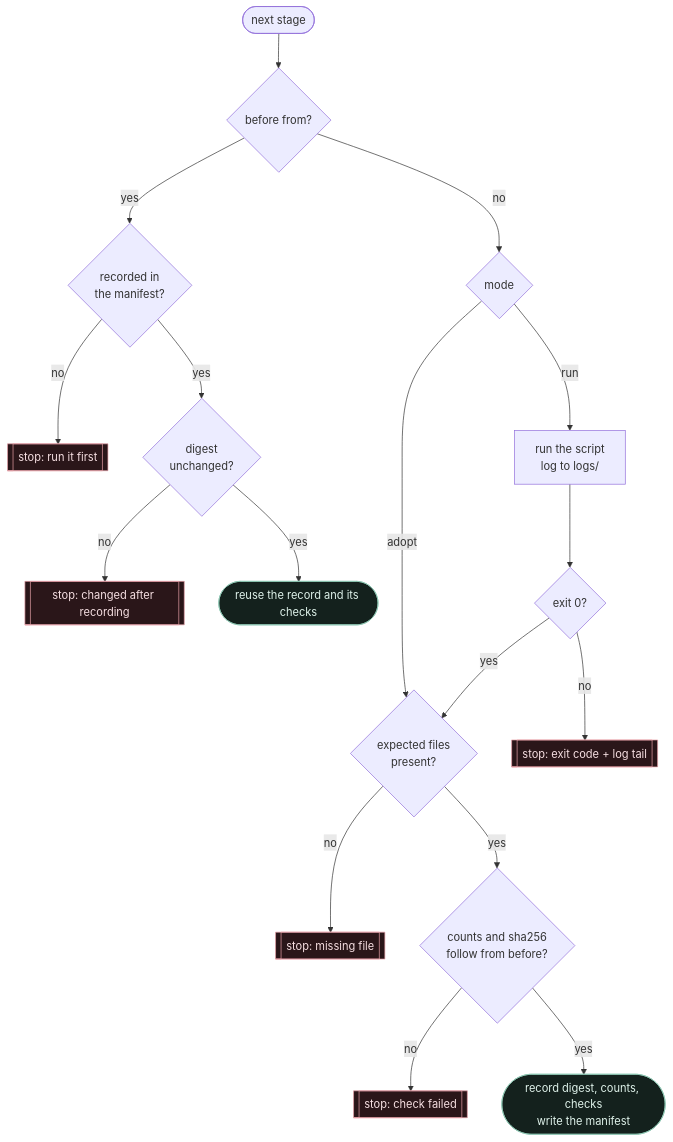
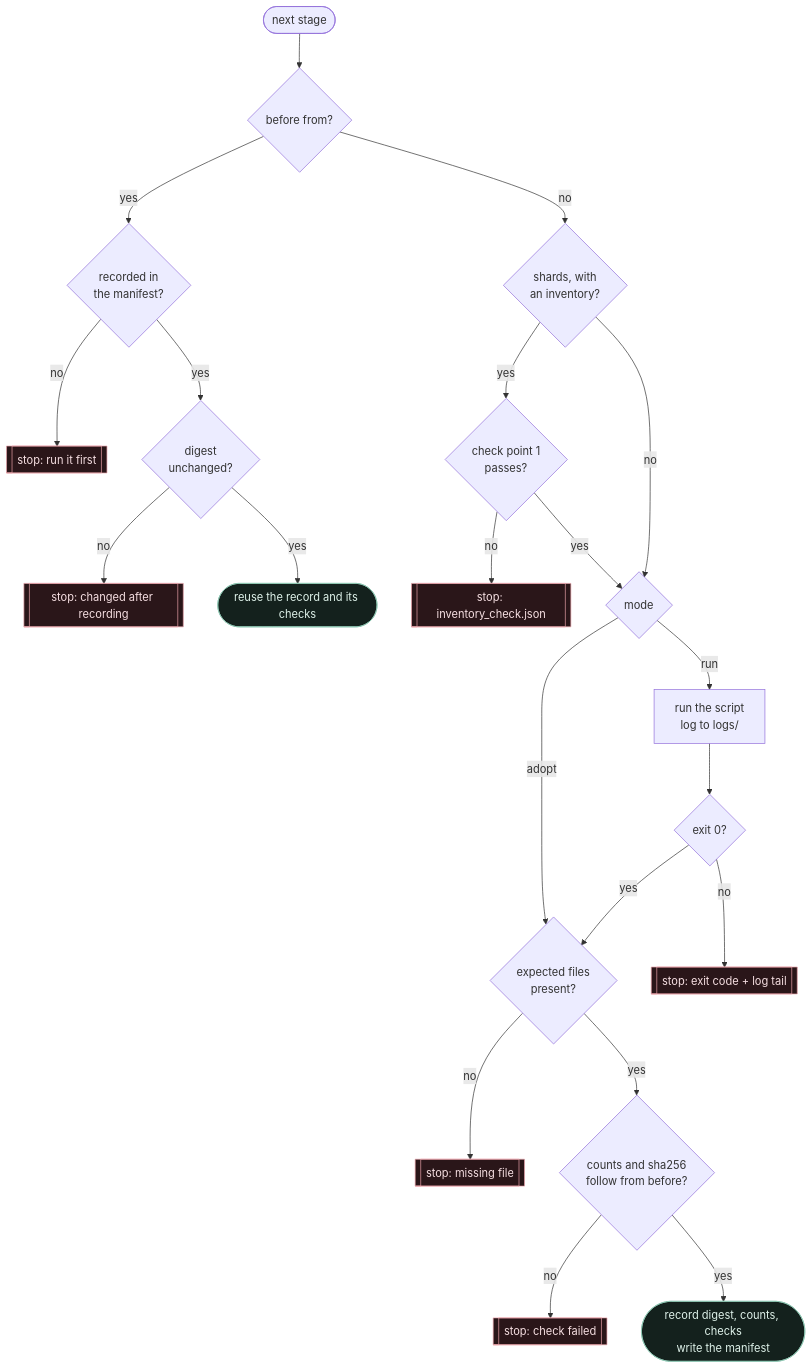
One commit to theschoolofai/era-v5-lab changed the second of 2 diagrams in teams/01-data-a/pipeline/README.md. Above: the diagram before and after it, drawn with Mermaid. The commit also changed other lines of this file and 12 other files, not shown here.

````diff
--- a/teams/01-data-a/pipeline/README.md
+++ b/teams/01-data-a/pipeline/README.md
@@ -425,21 +666,25 @@
 ```mermaid
 flowchart TD
   s([next stage]) --> before{"before from?"}
   before -- yes --> rec{"recorded in<br/>the manifest?"}
   rec -- no --> stop1[["stop: run it first"]]:::bad
   rec -- yes --> dig{"digest<br/>unchanged?"}
   dig -- no --> stop2[["stop: changed after recording"]]:::bad
   dig -- yes --> reuse([reuse the record and its checks]):::good
-  before -- no --> mode{"mode"}
+  before -- no --> inv{"shards, with<br/>an inventory?"}
+  inv -- yes --> cp{"check point 1<br/>passes?"}
+  cp -- no --> stop6[["stop: inventory_check.json"]]:::bad
+  cp -- yes --> mode
+  inv -- no --> mode{"mode"}
   mode -- adopt --> files{"expected files<br/>present?"}
   mode -- run --> exec["run the script<br/>log to logs/"] --> rc{"exit 0?"}
   rc -- no --> stop3[["stop: exit code + log tail"]]:::bad
   rc -- yes --> files
   files -- no --> stop4[["stop: missing file"]]:::bad
   files -- yes --> chk{"counts and sha256<br/>follow from before?"}
   chk -- no --> stop5[["stop: check failed"]]:::bad
   chk -- yes --> write([record digest, counts, checks<br/>write the manifest]):::good
 
   classDef bad fill:#2a1619,stroke:#e8a0a8,color:#f6dfe2
   classDef good fill:#14211d,stroke:#8fc9b5,color:#dff2ea
 ```
````
